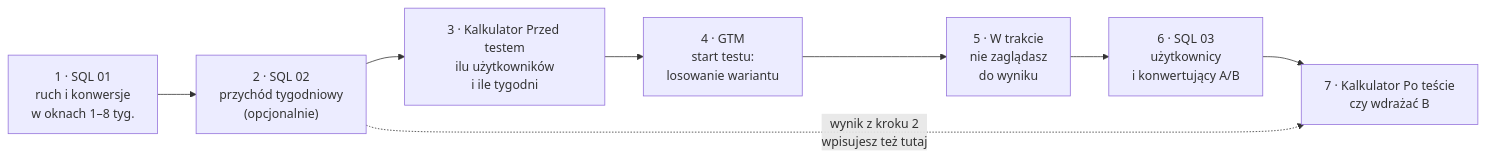
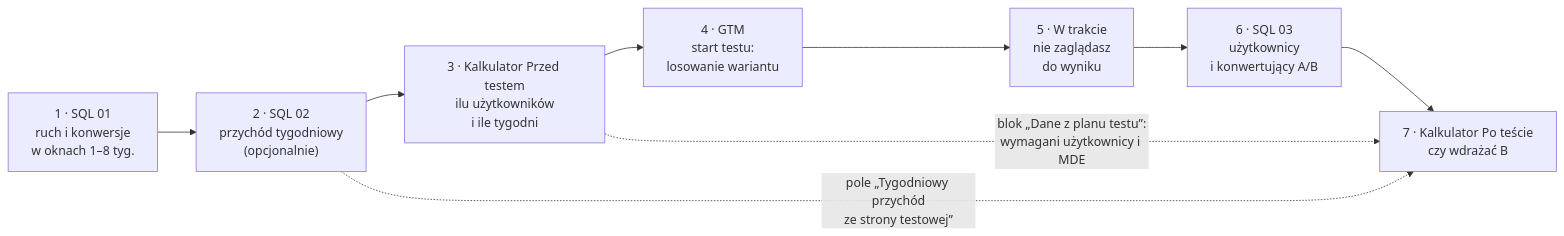
One commit to pmackowka/ga4-ab-testing-template changed the diagram in README.md. Above: the diagram before and after it, drawn with Mermaid. The commit also changed other lines of this file, not shown here.

Commit message:
docs: strzałka 3→7 i nazwy pól kalkulatora na strzałkach danych

````diff
--- a/README.md
+++ b/README.md
@@ -20,10 +20,11 @@
 ```mermaid
 flowchart LR
     S1["1 · SQL 01<br/>ruch i konwersje<br/>w oknach 1–8 tyg."] --> S2["2 · SQL 02<br/>przychód tygodniowy<br/>(opcjonalnie)"]
     S2 --> S3["3 · Kalkulator Przed testem<br/>ilu użytkowników<br/>i ile tygodni"]
     S3 --> S4["4 · GTM<br/>start testu:<br/>losowanie wariantu"]
     S4 --> S5["5 · W trakcie<br/>nie zaglądasz<br/>do wyniku"]
     S5 --> S6["6 · SQL 03<br/>użytkownicy<br/>i konwertujący A/B"]
     S6 --> S7["7 · Kalkulator Po teście<br/>czy wdrażać B"]
-    S2 -.->|wynik z kroku 2<br/>wpisujesz też tutaj| S7
+    S2 -.->|pole „Tygodniowy przychód<br/>ze strony testowej”| S7
+    S3 -.->|blok „Dane z planu testu”:<br/>wymagani użytkownicy i MDE| S7
 ```
````
